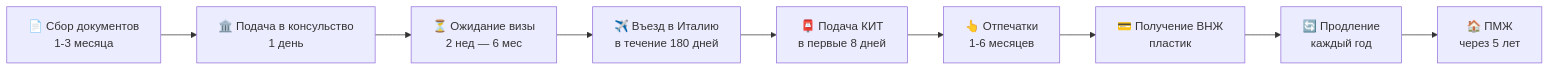
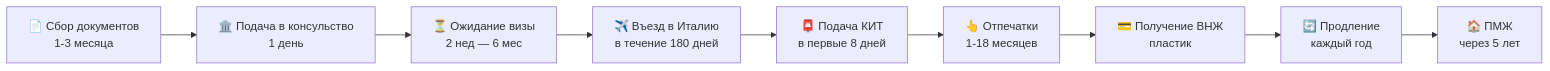
One commit to midnightdim/italian-dn-guide-ru changed the diagram in guide/00-overview.md. Above: the diagram before and after it, drawn with Mermaid. The commit also changed other lines of this file and 5 other files, not shown here.

Commit message:
Enhance guide: official links, Almaviva data, cost breakdown, beginner explanations, corrected facts (income threshold, insurance, apostille, fingerprints timeline). Updated README with Telegram chat credit and GitHub Issues guidance.

````diff
--- a/guide/00-overview.md
+++ b/guide/00-overview.md
@@ -31,11 +31,11 @@
 ```mermaid
 graph LR
     A[📄 Сбор документов<br/>1-3 месяца] --> B[🏛️ Подача в консульство<br/>1 день]
     B --> C[⏳ Ожидание визы<br/>2 нед — 6 мес]
     C --> D[✈️ Въезд в Италию<br/>в течение 180 дней]
     D --> E[📮 Подача КИТ<br/>в первые 8 дней]
-    E --> F[👆 Отпечатки<br/>1-6 месяцев]
+    E --> F[👆 Отпечатки<br/>1-18 месяцев]
     F --> G[💳 Получение ВНЖ<br/>пластик]
     G --> H[🔄 Продление<br/>каждый год]
     H --> I[🏠 ПМЖ<br/>через 5 лет]
 ```
````
